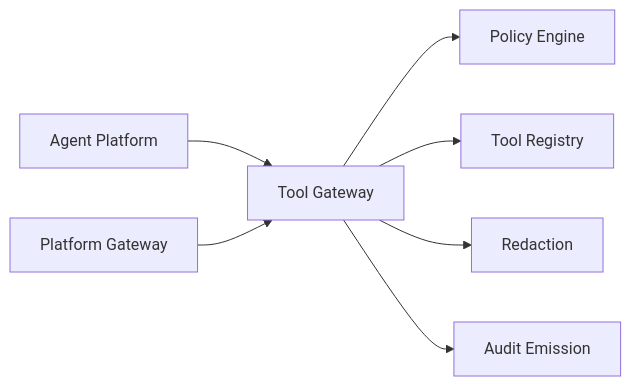
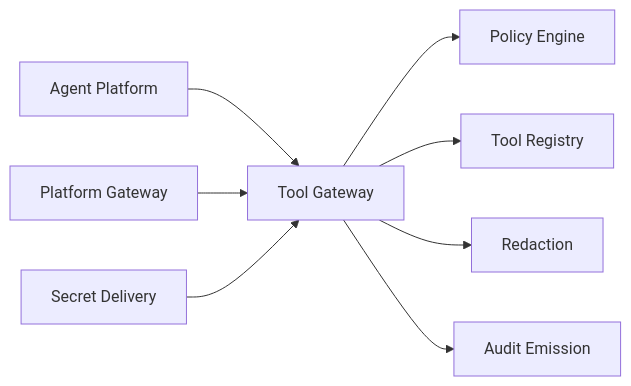
Diagram 11 of 11 in .qoder/repowiki/en/content/Tool Execution Framework/Security and Access Control.md (metasync/luban-aiops), drawn with Mermaid before and after one commit. The commit also changed other lines of this file and 56 other files, not shown here.

First line of the commit message:
docs: refresh repowiki knowledge cache (SPEC-062 secret delivery, v0.42.0)

````diff
--- a/.qoder/repowiki/en/content/Tool Execution Framework/Security and Access Control.md
+++ b/.qoder/repowiki/en/content/Tool Execution Framework/Security and Access Control.md
@@ -417,9 +495,10 @@
 ```mermaid
 graph LR
 GW["Tool Gateway"] --> PE["Policy Engine"]
 GW --> REG["Tool Registry"]
 GW --> RED["Redaction"]
 GW --> AUD["Audit Emission"]
 AP["Agent Platform"] --> GW
 PGW["Platform Gateway"] --> GW
+DEL["Secret Delivery"] --> GW
 ```
````
